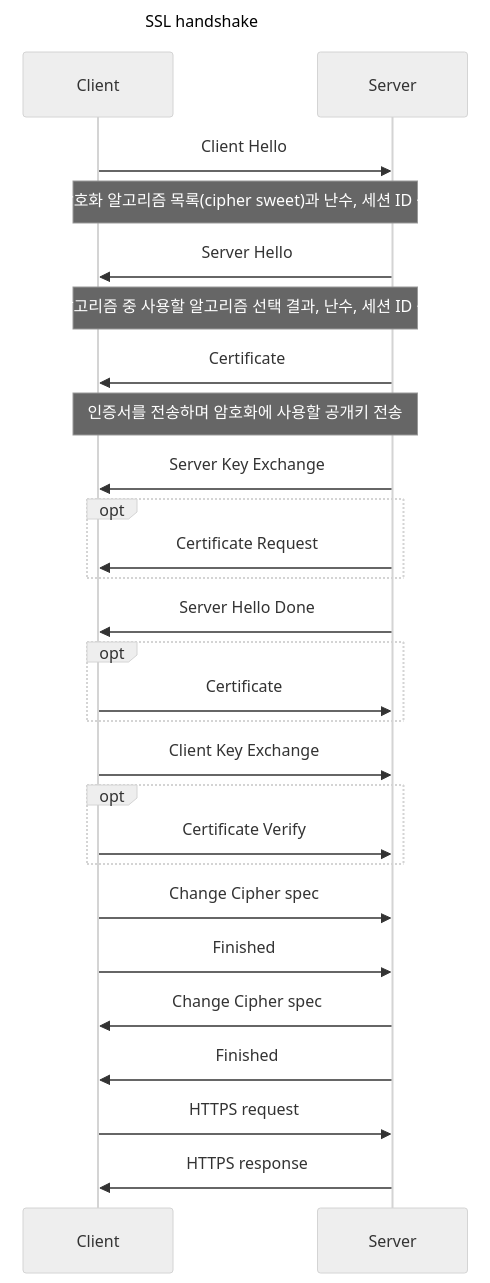
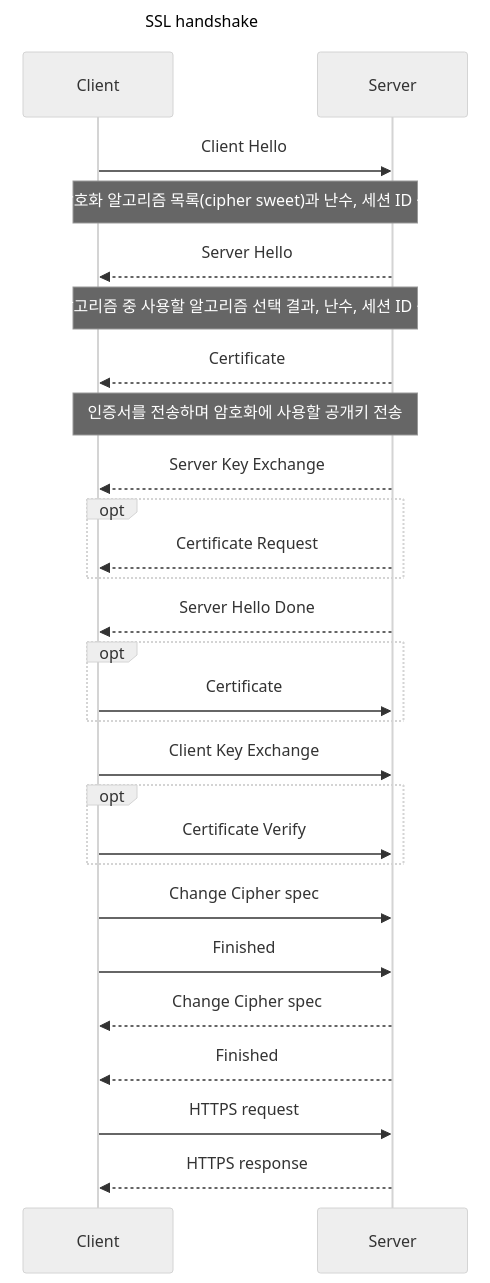
The fourth of 5 diagrams in docs/blog/posts/2024-07-25-web_client_server.md (djccnt15/djccnt15.github.io), drawn with Mermaid (neutral theme) before and after one commit. The commit also changed other lines of this file and 3 other files, not shown here.

Commit message:
hotfix UML diagrams

````diff
--- a/docs/blog/posts/2024-07-25-web_client_server.md
+++ b/docs/blog/posts/2024-07-25-web_client_server.md
@@ -117,30 +117,30 @@
 ```mermaid
 ---
 title: SSL handshake
 ---
 sequenceDiagram
     Client ->> Server : Client Hello
     Note over Client, Server : 사용할 암호화 알고리즘 목록(cipher sweet)과 난수, 세션 ID 등을 전송
-    Server ->> Client : Server Hello
+    Server -->> Client : Server Hello
     Note over Client, Server : 암호화 알고리즘 중 사용할 알고리즘 선택 결과, 난수, 세션 ID 등을 전송
-    Server ->> Client : Certificate
+    Server -->> Client : Certificate
     Note over Client, Server : 인증서를 전송하며 암호화에 사용할 공개키 전송
-    Server ->> Client : Server Key Exchange
+    Server -->> Client : Server Key Exchange
     opt
-        Server ->> Client : Certificate Request
+        Server -->> Client : Certificate Request
     end
-    Server ->> Client : Server Hello Done
+    Server -->> Client : Server Hello Done
     opt
         Client ->> Server : Certificate
     end
     Client ->> Server : Client Key Exchange
     opt
         Client ->> Server : Certificate Verify
     end
     Client ->> Server : Change Cipher spec
     Client ->> Server : Finished
-    Server ->> Client : Change Cipher spec
-    Server ->> Client : Finished
+    Server -->> Client : Change Cipher spec
+    Server -->> Client : Finished
     Client ->> Server : HTTPS request
-    Server ->> Client : HTTPS response
+    Server -->> Client : HTTPS response
 ```
````
